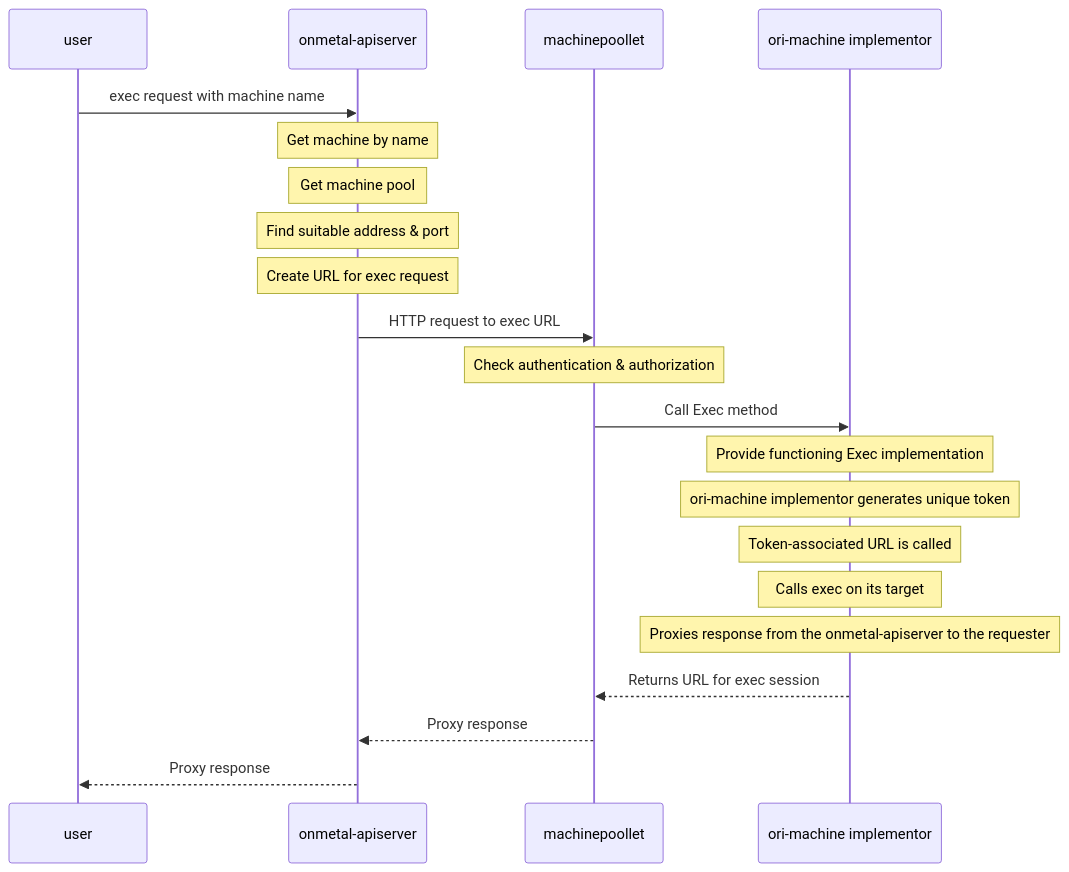
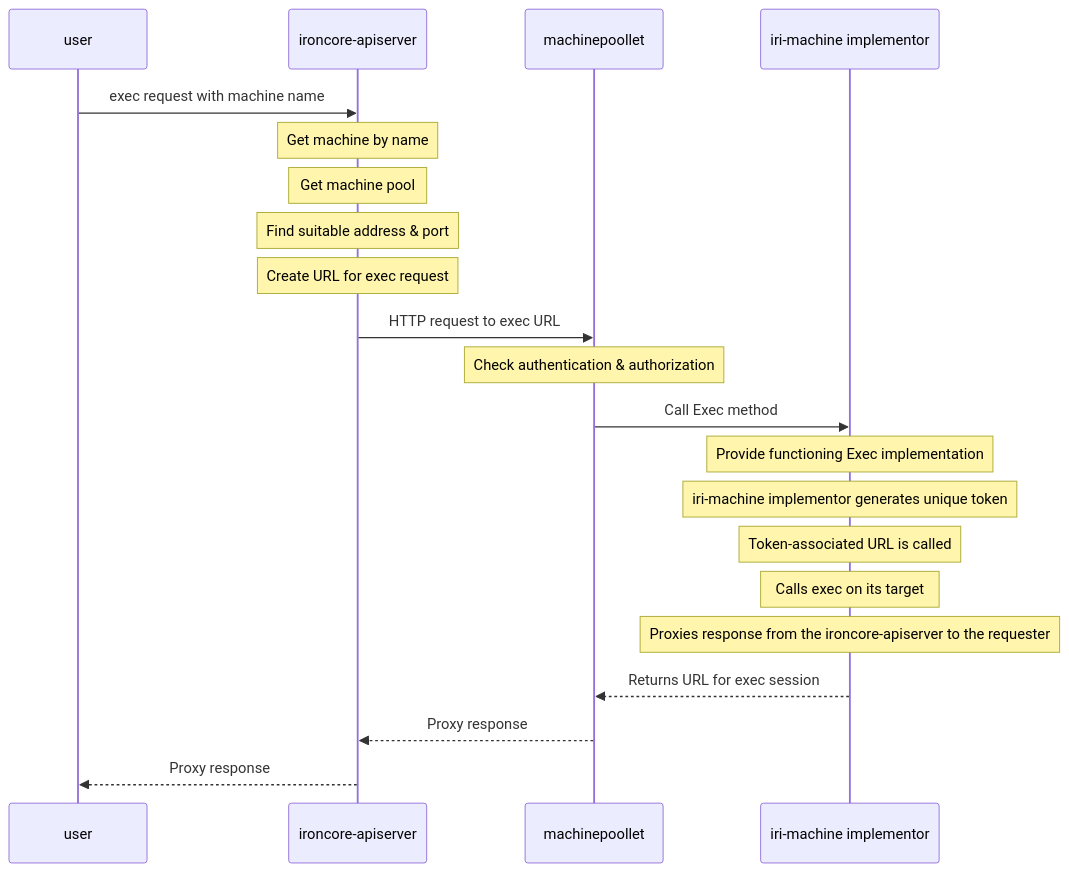
One commit to ironcore-dev/ironcore changed the diagram in docs/concepts/machine-exec-flow.md. Above: the diagram before and after it, drawn with Mermaid. The commit also changed other lines of this file and 1171 other files, not shown here.

First line of the commit message:
Refactor project name to `ironcore` and runtime interface to `IRI` (#922)

````diff
--- a/docs/concepts/machine-exec-flow.md
+++ b/docs/concepts/machine-exec-flow.md
@@ -13,24 +13,24 @@
 ```mermaid
 sequenceDiagram
     participant User as user
-    participant OA as onmetal-apiserver
+    participant OA as ironcore-apiserver
     participant MP as machinepoollet
-    participant OM as ori-machine implementor
+    participant OM as iri-machine implementor
 
     User->>OA: exec request with machine name
     Note over OA: Get machine by name
     Note over OA: Get machine pool
     Note over OA: Find suitable address & port
     Note over OA: Create URL for exec request
     OA->>MP: HTTP request to exec URL
     Note over MP: Check authentication & authorization
     MP->>OM: Call Exec method
     Note over OM: Provide functioning Exec implementation
-    Note over OM: ori-machine implementor generates unique token
+    Note over OM: iri-machine implementor generates unique token
     Note over OM: Token-associated URL is called
     Note over OM: Calls exec on its target
-    Note over OM: Proxies response from the onmetal-apiserver to the requester
+    Note over OM: Proxies response from the ironcore-apiserver to the requester
     OM-->>MP: Returns URL for exec session
     MP-->>OA: Proxy response
     OA-->>User: Proxy response
 ```
````
